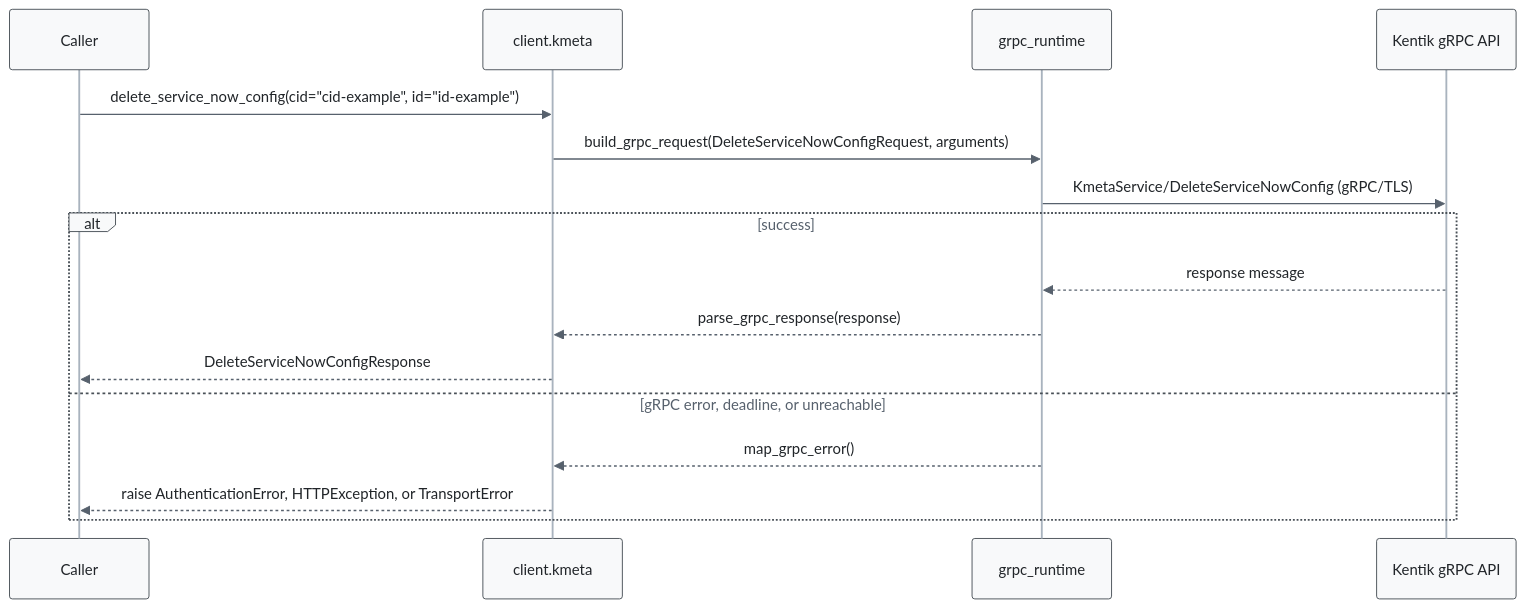
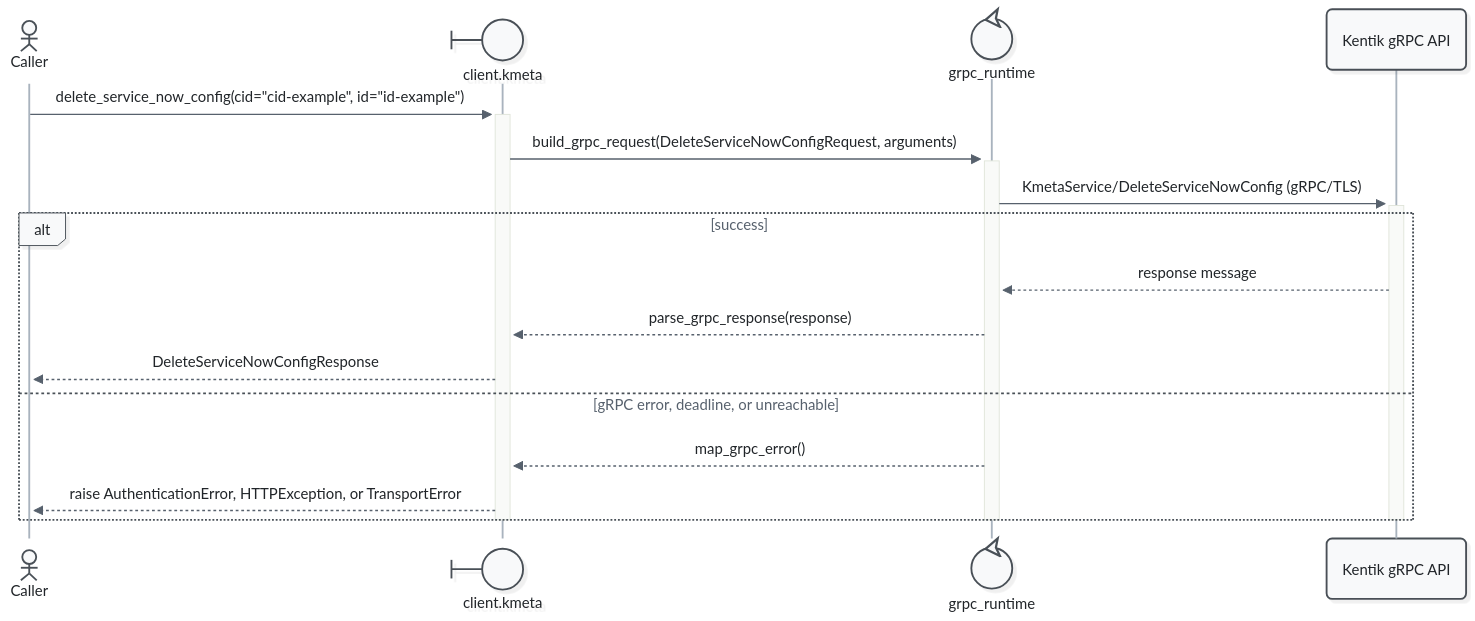
One commit to alexdearaujo/community_sdk_python changed the tenth of 11 diagrams in docs/sphinx/services/kmeta.md. Above: the diagram before and after it, drawn with Mermaid. The commit also changed other lines of this file and 52 other files, not shown here.

First line of the commit message:
docs: Mermaid 12 sequence diagrams with participant types and path colors

````diff
--- a/docs/sphinx/services/kmeta.md
+++ b/docs/sphinx/services/kmeta.md
@@ -377,20 +399,23 @@
 ```mermaid
-%%{init: {"theme": "base", "fontFamily": "ui-monospace, SFMono-Regular, Menlo, monospace", "themeVariables": {"fontFamily": "ui-monospace, SFMono-Regular, Menlo, monospace", "primaryColor": "#f8f9fa", "primaryBorderColor": "#495057", "primaryTextColor": "#212529", "textColor": "#212529", "lineColor": "#77818c", "edgeLabelBackground": "#ffffff", "actorBkg": "#f8f9fa", "actorBorder": "#495057", "actorTextColor": "#212529", "actorLineColor": "#a9b3be", "signalColor": "#57616d", "signalTextColor": "#212529", "labelBoxBkgColor": "#f8f9fa", "labelBoxBorderColor": "#495057", "labelTextColor": "#212529", "loopTextColor": "#57616d", "noteBkgColor": "#fff9db", "noteBorderColor": "#f08c00", "noteTextColor": "#a35a00"}, "flowchart": {"curve": "step", "nodeSpacing": 30, "rankSpacing": 70, "wrappingWidth": 400}}}%%
+%%{init: {"theme": "redux", "look": "neo", "layout": "dagre", "fontFamily": "ui-monospace, SFMono-Regular, Menlo, monospace", "themeVariables": {"fontFamily": "ui-monospace, SFMono-Regular, Menlo, monospace", "primaryColor": "#f8f9fa", "primaryBorderColor": "#495057", "primaryTextColor": "#212529", "textColor": "#212529", "lineColor": "#77818c", "edgeLabelBackground": "#ffffff", "actorBkg": "#f8f9fa", "actorBorder": "#495057", "actorTextColor": "#212529", "actorLineColor": "#a9b3be", "signalColor": "#57616d", "signalTextColor": "#212529", "labelBoxBkgColor": "#f8f9fa", "labelBoxBorderColor": "#495057", "labelTextColor": "#212529", "loopTextColor": "#57616d", "noteBkgColor": "#fff9db", "noteBorderColor": "#f08c00", "noteTextColor": "#a35a00"}, "sequence": {"activationWidth": 16}, "flowchart": {"curve": "step", "nodeSpacing": 30, "rankSpacing": 70, "wrappingWidth": 400}}}%%
 sequenceDiagram
-    participant C as Caller
-    participant W as client.kmeta
-    participant R as grpc_runtime
+    actor C as Caller
+    participant W@{ "type": "boundary" } as client.kmeta
+    participant R@{ "type": "control" } as grpc_runtime
     participant API as Kentik gRPC API
 
-    C->>W: delete_service_now_config(cid="cid-example", id="id-example")
-    W->>R: build_grpc_request(DeleteServiceNowConfigRequest, arguments)
-    R->>API: KmetaService/DeleteServiceNowConfig (gRPC/TLS)
+    C->>+W: delete_service_now_config(cid="cid-example", id="id-example")
+    W->>+R: build_grpc_request(DeleteServiceNowConfigRequest, arguments)
+    R->>+API: KmetaService/DeleteServiceNowConfig (gRPC/TLS)
     alt success
         API-->>R: response message
         R-->>W: parse_grpc_response(response)
         W-->>C: DeleteServiceNowConfigResponse
     else gRPC error, deadline, or unreachable
         R-->>W: map_grpc_error()
         W-->>C: raise AuthenticationError, HTTPException, or TransportError
     end
+    deactivate API
+    deactivate R
+    deactivate W
 ```
````
